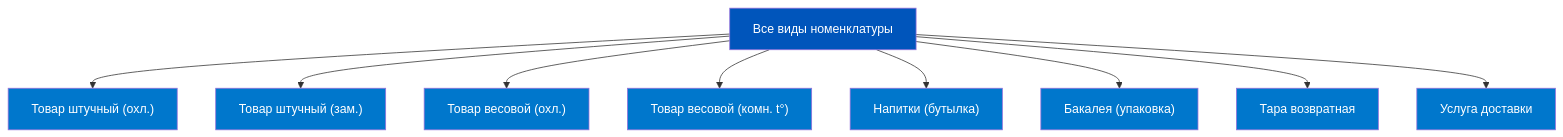
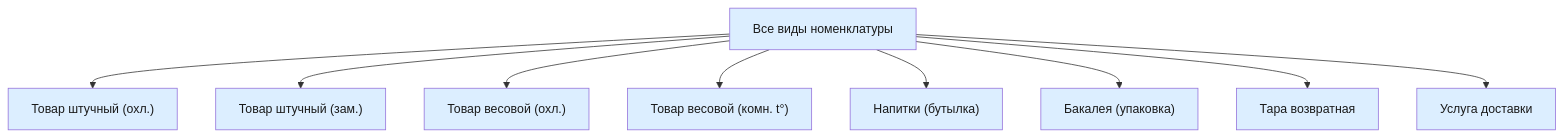
One commit to murad1986/1c-erp-quartz changed the second of 6 diagrams in content/1c-erp/week_2/Неделя 2 - День 6 - Практикум по НСИ.md. Above: the diagram before and after it, drawn with Mermaid. The commit also changed other lines of this file and 57 other files, not shown here.

First line of the commit message:
fix: Mermaid — пастельные цвета в источниках диаграмм (56 файлов)

````diff
--- a/content/1c-erp/week_2/Неделя 2 - День 6 - Практикум по НСИ.md
+++ b/content/1c-erp/week_2/Неделя 2 - День 6 - Практикум по НСИ.md
@@ -108,21 +108,21 @@
 ```mermaid
 graph TD
     ROOT["Все виды номенклатуры"] --> T1["Товар штучный (охл.)"]
     ROOT --> T2["Товар штучный (зам.)"]
     ROOT --> T3["Товар весовой (охл.)"]
     ROOT --> T4["Товар весовой (комн. t°)"]
     ROOT --> T5["Напитки (бутылка)"]
     ROOT --> T6["Бакалея (упаковка)"]
     ROOT --> T7["Тара возвратная"]
     ROOT --> T8["Услуга доставки"]
 
-    style ROOT fill:#0055BB,color:#fff
-    style T1 fill:#0077CC,color:#fff
-    style T2 fill:#0077CC,color:#fff
-    style T3 fill:#0077CC,color:#fff
-    style T4 fill:#0077CC,color:#fff
-    style T5 fill:#0077CC,color:#fff
-    style T6 fill:#0077CC,color:#fff
-    style T7 fill:#0077CC,color:#fff
-    style T8 fill:#0077CC,color:#fff
+    style ROOT fill:#dceeff,color:#1a1a1a
+    style T1 fill:#dceeff,color:#1a1a1a
+    style T2 fill:#dceeff,color:#1a1a1a
+    style T3 fill:#dceeff,color:#1a1a1a
+    style T4 fill:#dceeff,color:#1a1a1a
+    style T5 fill:#dceeff,color:#1a1a1a
+    style T6 fill:#dceeff,color:#1a1a1a
+    style T7 fill:#dceeff,color:#1a1a1a
+    style T8 fill:#dceeff,color:#1a1a1a
 ```
````
